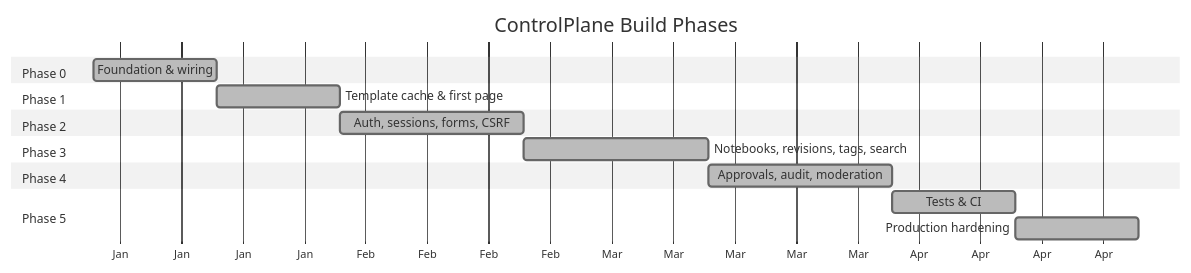
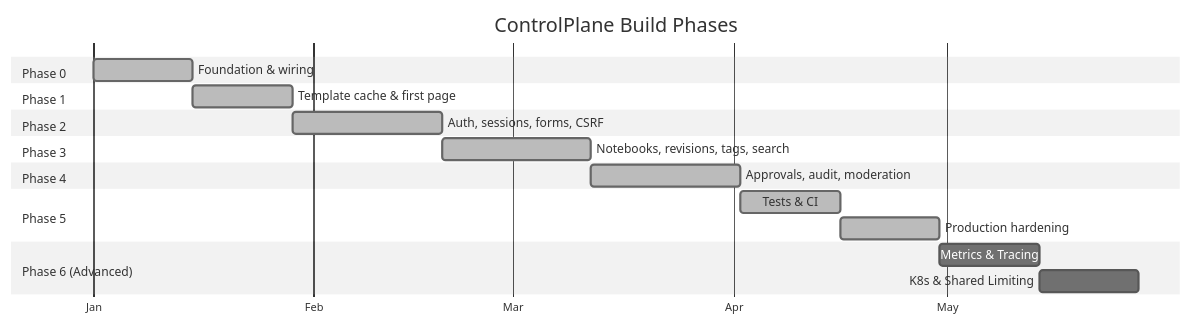
Before and after one commit to SShogun/ControlPlane: the third of 3 diagrams in README.md, drawn with Mermaid (neutral theme). The commit also changed other lines of this file and 4 other files, not shown here.

````diff
--- a/README.md
+++ b/README.md
@@ -549,25 +556,29 @@
 ```mermaid
 gantt
     title ControlPlane Build Phases
     dateFormat  YYYY-MM-DD
     axisFormat  %b
 
     section Phase 0
     Foundation & wiring                :done, p0, 2026-01-01, 14d
 
     section Phase 1
     Template cache & first page        :done, p1, after p0, 14d
 
     section Phase 2
     Auth, sessions, forms, CSRF        :done, p2, after p1, 21d
 
     section Phase 3
     Notebooks, revisions, tags, search :done, p3, after p2, 21d
 
     section Phase 4
     Approvals, audit, moderation       :done, p4, after p3, 21d
 
     section Phase 5
     Tests & CI                         :done, p5, after p4, 14d
     Production hardening               :done, p5b, after p5, 14d
+
+    section Phase 6 (Advanced)
+    Metrics & Tracing                  :        p6a, after p5b, 14d
+    K8s & Shared Limiting              :        p6b, after p6a, 14d
 ```
````
